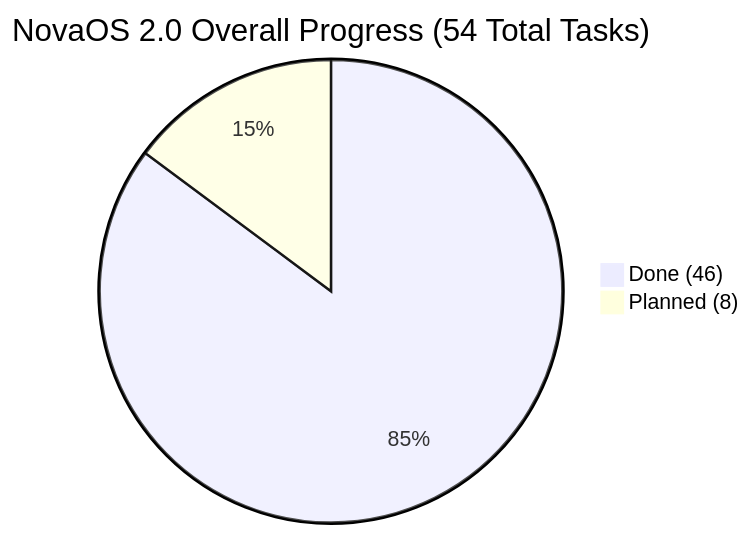
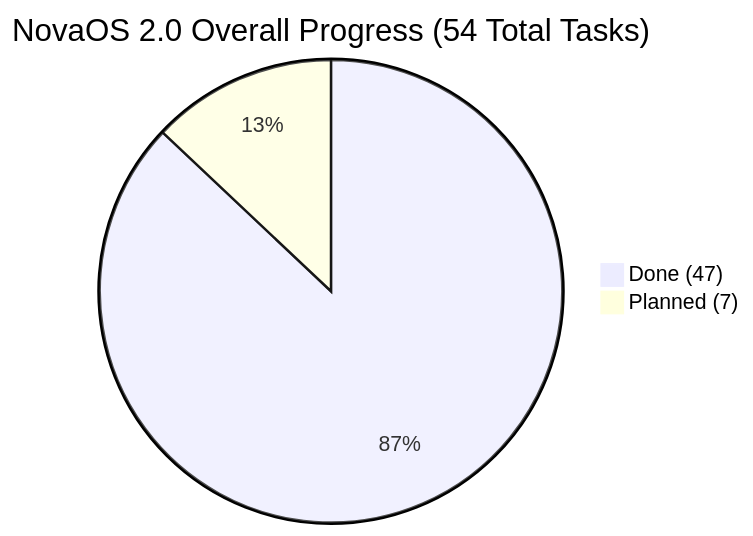
Before and after one commit to firoze-hossain/novaos: the diagram in NovaOS_Build_Plan.md, drawn with Mermaid. The commit also changed other lines of this file and 10 other files, not shown here.

````diff
--- a/NovaOS_Build_Plan.md
+++ b/NovaOS_Build_Plan.md
@@ -9,5 +9,5 @@
 ```mermaid
 pie title NovaOS 2.0 Overall Progress (54 Total Tasks)
-    "Done (46)" : 46
-    "Planned (8)" : 8
+    "Done (47)" : 47
+    "Planned (7)" : 7
 ```
````
